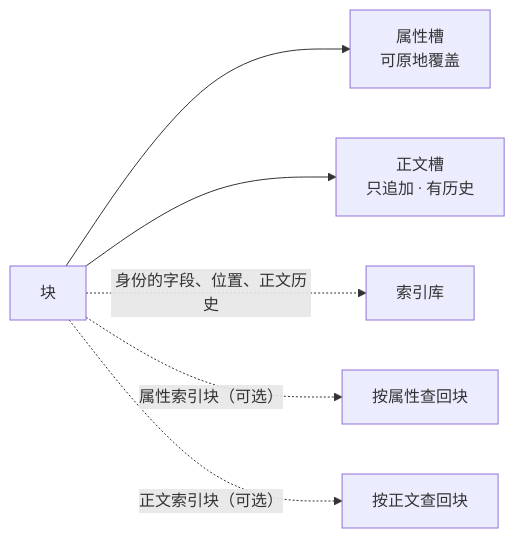
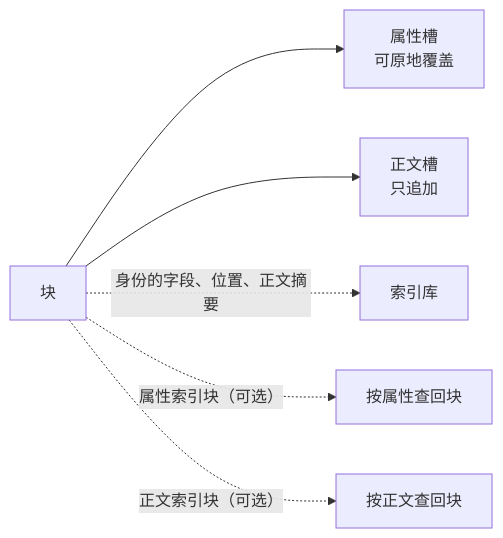
Before and after one commit to HanYang06/Cairn: the diagram in docs/architecture/py_core/storage/block-parts.md, drawn with Mermaid. The commit also changed other lines of this file and 34 other files, not shown here.

````diff
--- a/docs/architecture/py_core/storage/block-parts.md
+++ b/docs/architecture/py_core/storage/block-parts.md
@@ -16,8 +16,8 @@
 ```mermaid
 flowchart LR
   B["块"] --> A["属性槽<br/>可原地覆盖"]
-  B --> D["正文槽<br/>只追加 · 有历史"]
-  B -.->|"身份的字段、位置、正文历史"| DB["索引库"]
+  B --> D["正文槽<br/>只追加"]
+  B -.->|"身份的字段、位置、正文摘要"| DB["索引库"]
   B -.->|"属性索引块（可选）"| X["按属性查回块"]
   B -.->|"正文索引块（可选）"| Y["按正文查回块"]
 ```
````
